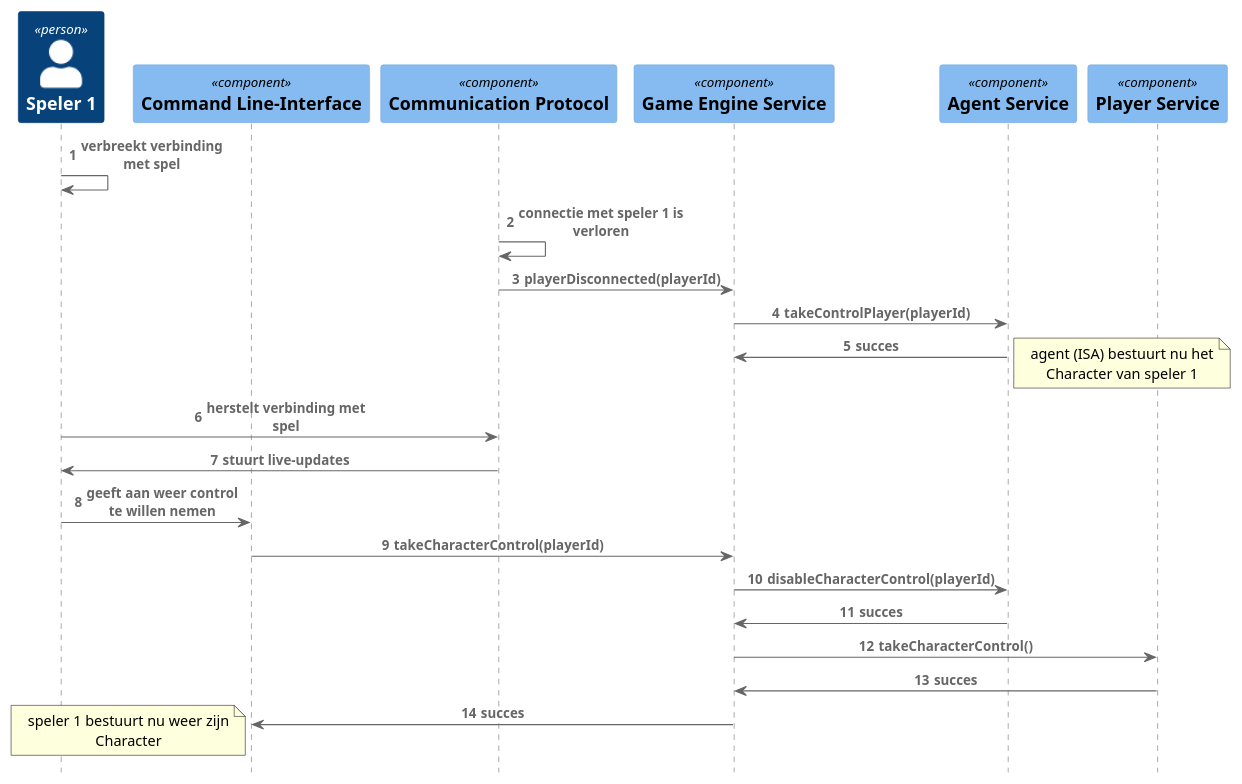
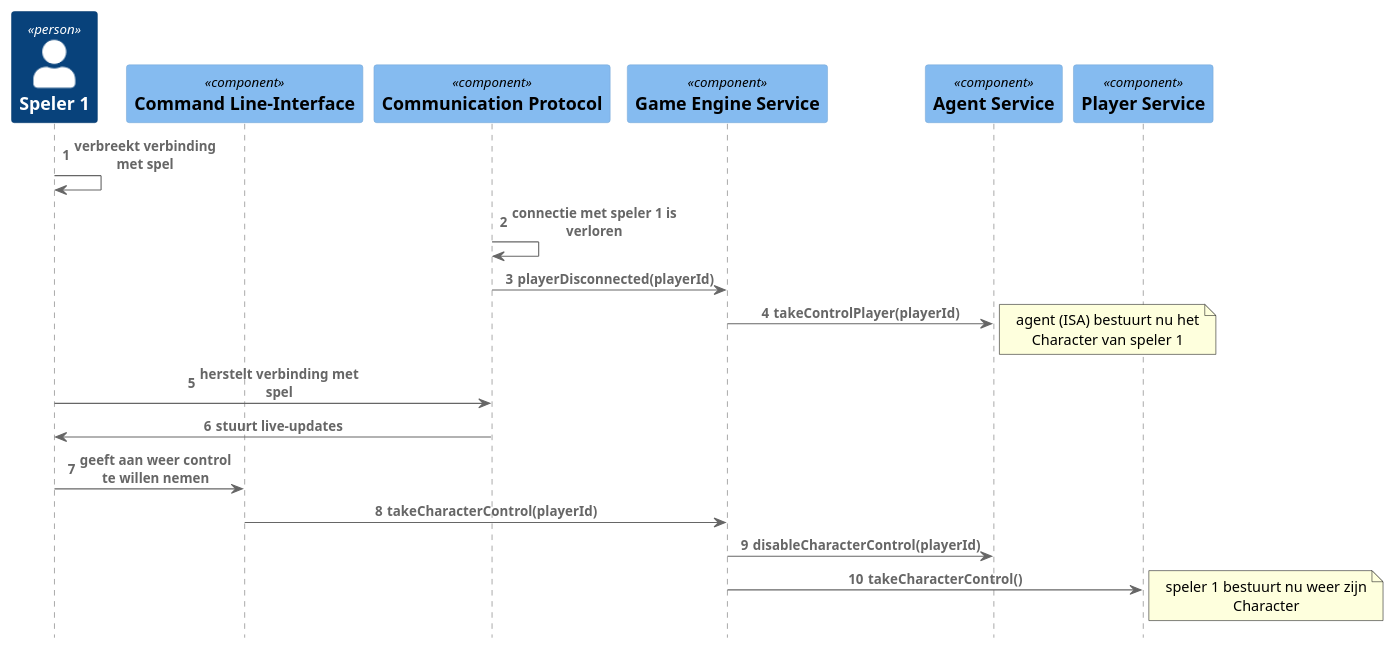
Before and after one commit to DaanBannaan/SAD-sequentie: the diagram in agentNeemtOver.puml, drawn with PlantUML. The commit also changed other lines of this file and 1 other file, not shown here.

Commit message:
twee sequences gesplitst in twee bestanden

```diff
--- a/agentNeemtOver.puml
+++ b/agentNeemtOver.puml
@@ -45,44 +3,44 @@
 @startuml
 
 !include https://raw.githubusercontent.com/plantuml-stdlib/C4-PlantUML/master/C4_Sequence.puml
 autonumber
 
 'Disconnects:
 
 Person(speler, "Speler 1")
 Component(cli, "Command Line-Interface")
 Component(comms, "Communication Protocol")
 Component(engine, "Game Engine Service")
 
 Rel(speler, speler, verbreekt verbinding met spel)
 Rel(comms, comms, connectie met speler 1 is verloren)
 Rel(comms, engine, playerDisconnected(playerId))
 
 Component(agent, "Agent Service")
 
 Rel(engine, agent, takeControlPlayer(playerId))
-Rel(agent, engine, succes)
+
 
 note right: agent (ISA) bestuurt nu het Character van speler 1
 
 
 'Reconnects:
 
 Rel(speler, comms, herstelt verbinding met spel)
 Rel(comms, speler, stuurt live-updates)
 Rel(speler, cli, geeft aan weer control te willen nemen)
 
 Rel(cli, engine, takeCharacterControl(playerId))
 Rel(engine, agent, disableCharacterControl(playerId))
-Rel(agent, engine, succes)
+
 
 Component(player, "Player Service")
 Rel(engine, player, takeCharacterControl())
-Rel(player, engine, succes)
-Rel(engine, cli, succes)
+
+
 'Rel(engine, )
-note left: speler 1 bestuurt nu weer zijn Character
+note right: speler 1 bestuurt nu weer zijn Character
 
 
 
 @enduml
```
